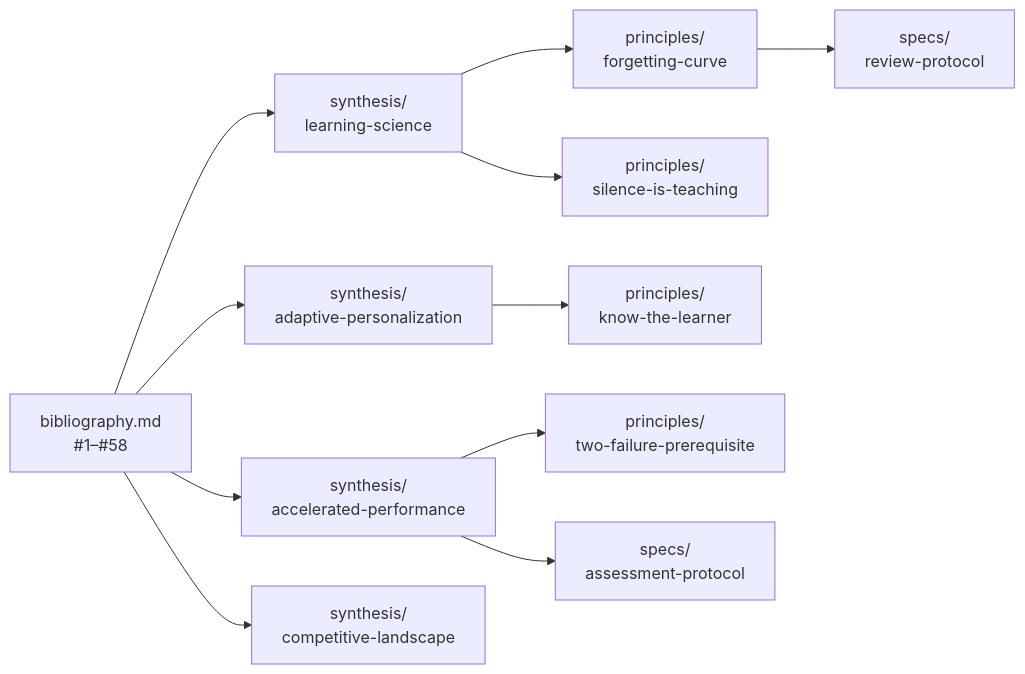
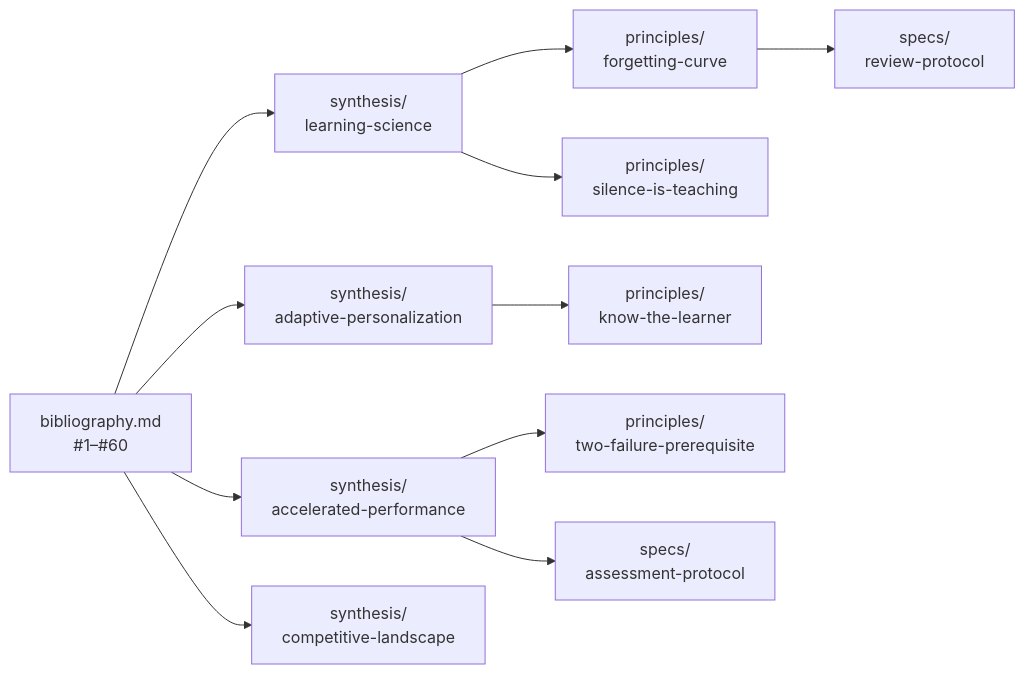
The diagram in docs/research/README.md (altakleos/sensei), drawn with Mermaid before and after one commit. The commit also changed other lines of this file and 5 other files, not shown here.

````diff
--- a/docs/research/README.md
+++ b/docs/research/README.md
@@ -33,13 +33,13 @@
 ```mermaid
 graph LR
-    B["bibliography.md\n#1–#58"] --> S1["synthesis/\nlearning-science"]
+    B["bibliography.md\n#1–#60"] --> S1["synthesis/\nlearning-science"]
     B --> S2["synthesis/\nadaptive-personalization"]
     B --> S3["synthesis/\naccelerated-performance"]
     B --> S4["synthesis/\ncompetitive-landscape"]
     S1 --> P1["principles/\nforgetting-curve"]
     S1 --> P2["principles/\nsilence-is-teaching"]
     S2 --> P3["principles/\nknow-the-learner"]
     S3 --> P4["principles/\ntwo-failure-prerequisite"]
     S3 --> SP["specs/\nassessment-protocol"]
     P1 --> SP2["specs/\nreview-protocol"]
 ```
````
